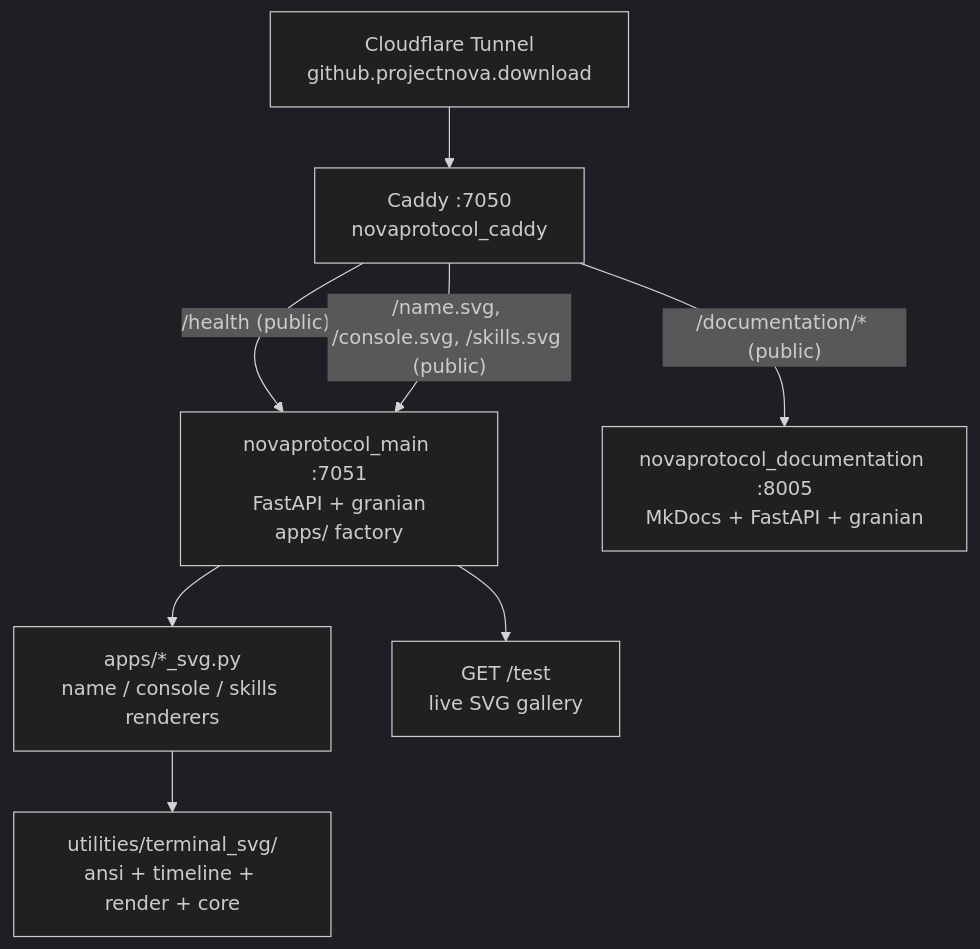
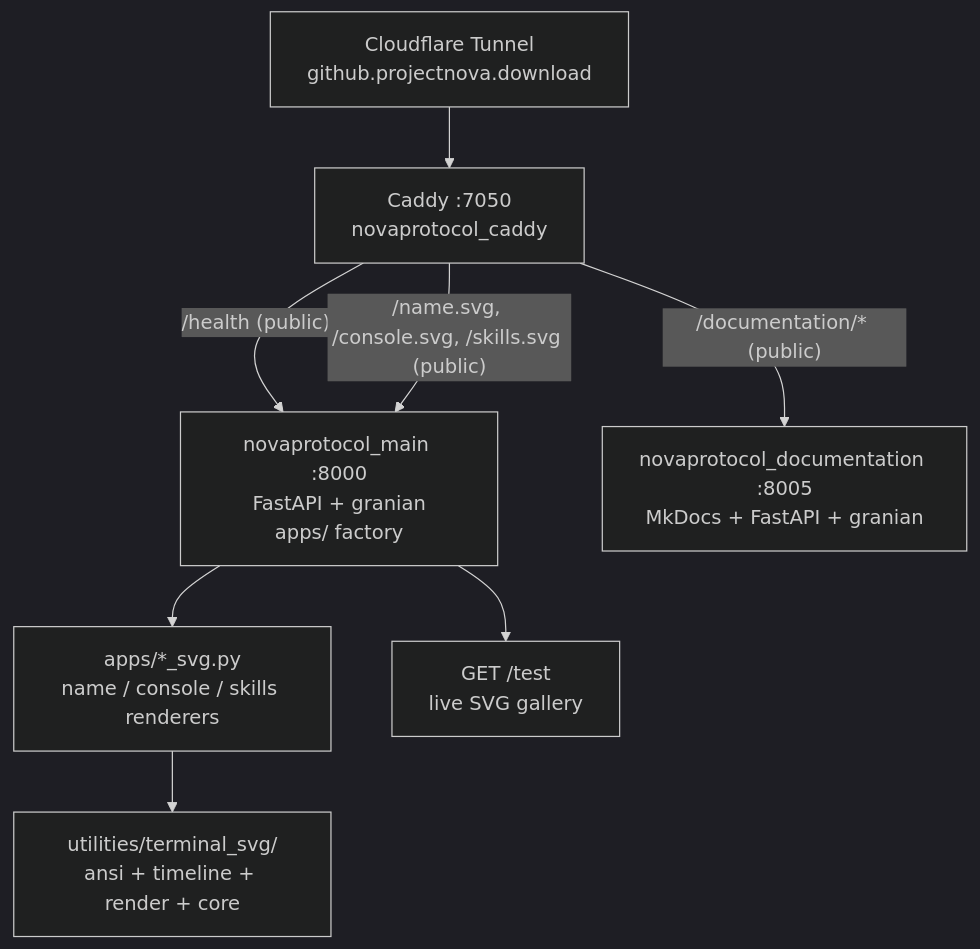
One commit to NovaProtocol/NovaProtocol changed the diagram in documentation/docs/index.md. Above: the diagram before and after it, drawn with Mermaid (dark theme). The commit also changed other lines of this file and 9 other files, not shown here.

````diff
--- a/documentation/docs/index.md
+++ b/documentation/docs/index.md
@@ -19,10 +19,10 @@
 ```mermaid
 graph TB
     TUN["Cloudflare Tunnel<br/>github.projectnova.download"] --> CADDY["Caddy :7050<br/>novaprotocol_caddy"]
-    CADDY -->|" /health (public) "| APP["novaprotocol_main :7051<br/>FastAPI + granian<br/>apps/ factory"]
+    CADDY -->|" /health (public) "| APP["novaprotocol_main :8000<br/>FastAPI + granian<br/>apps/ factory"]
     CADDY -->|" /name.svg, /console.svg, /skills.svg (public) "| APP
     CADDY -->|" /documentation/* (public) "| DOCS["novaprotocol_documentation :8005<br/>MkDocs + FastAPI + granian"]
     APP --> SVG["apps/*_svg.py<br/>name / console / skills renderers"]
     SVG --> LIB["utilities/terminal_svg/<br/>ansi + timeline + render + core"]
     APP --> TEST["GET /test<br/>live SVG gallery"]
 ```
````
